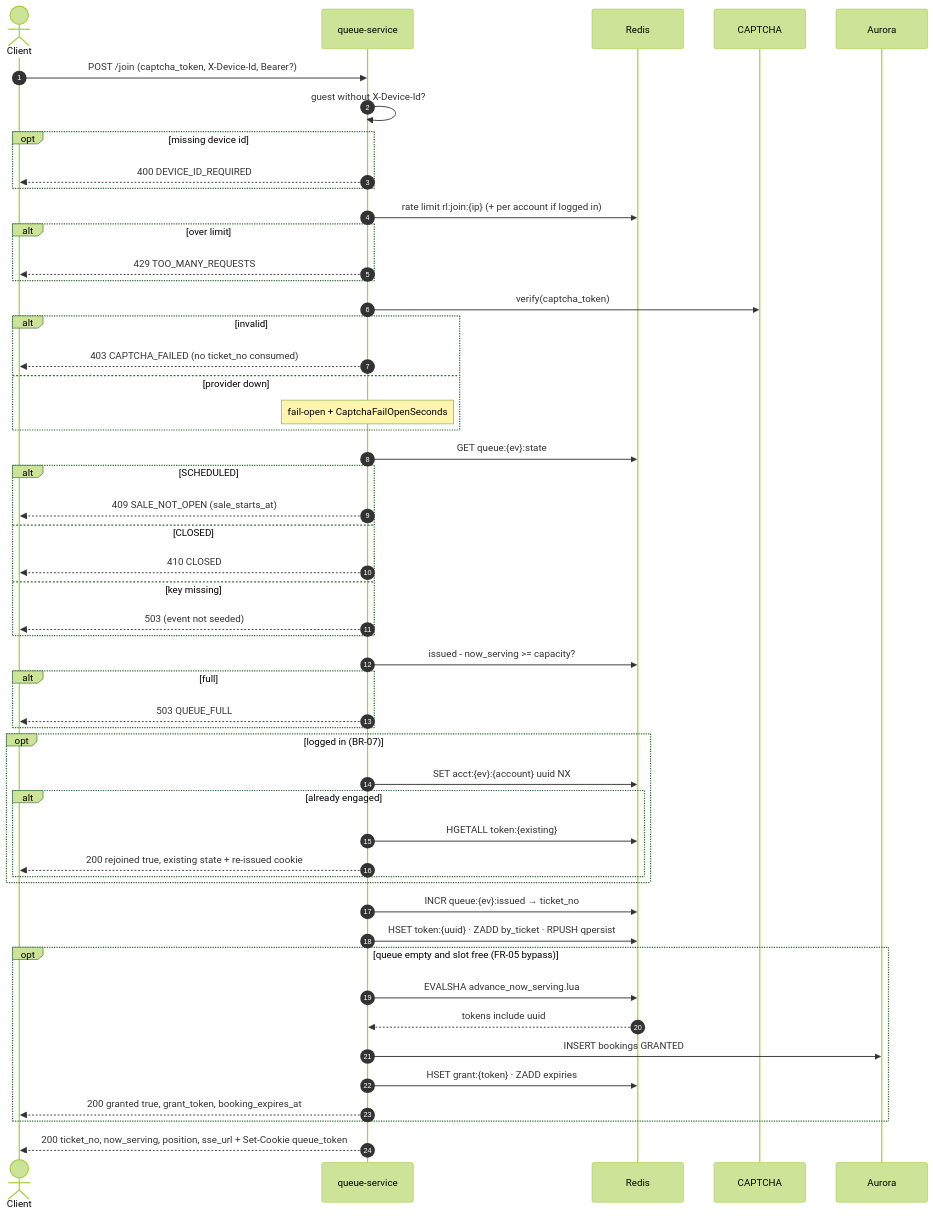
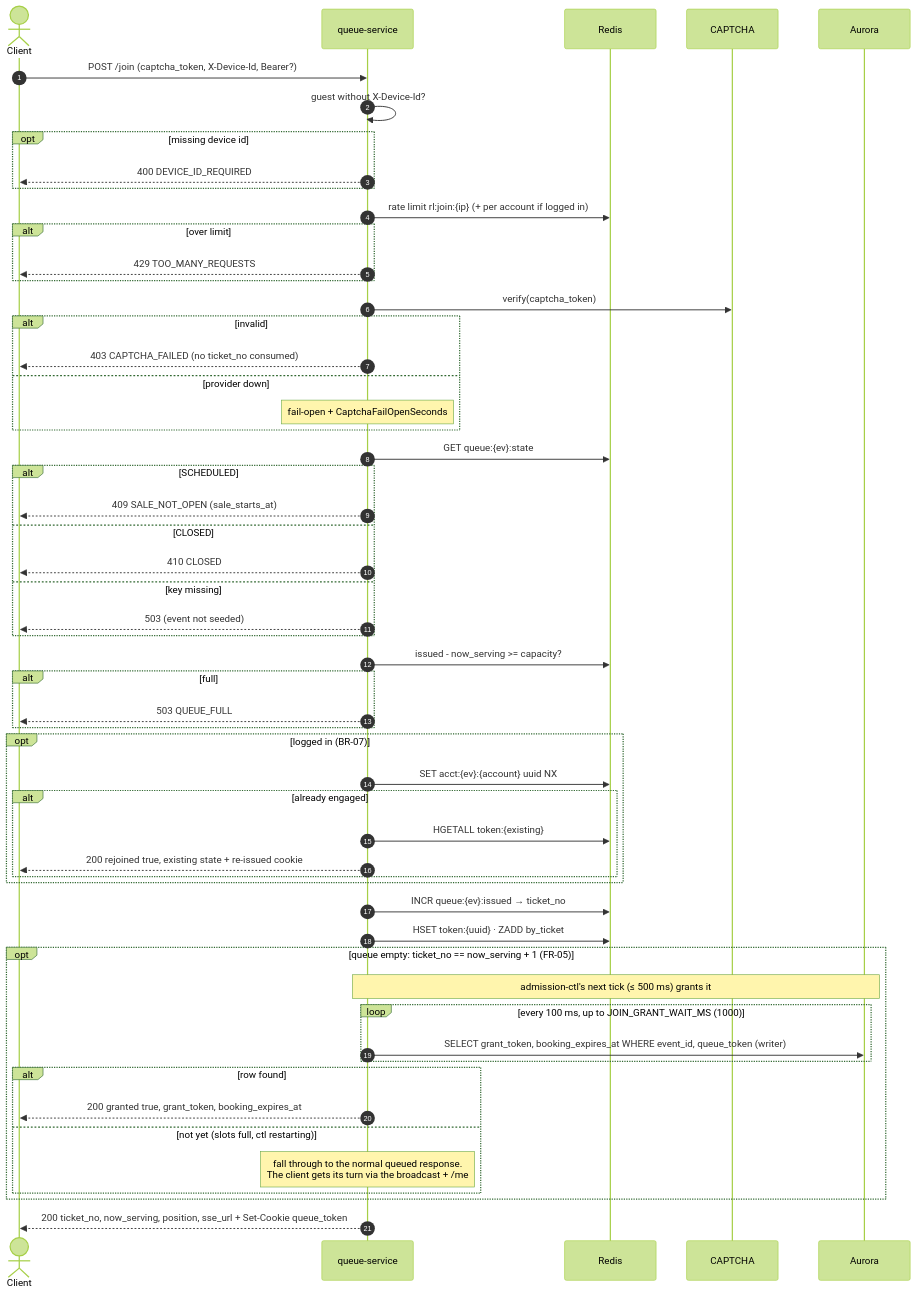
The diagram in docs/04-queue/01-join-queue.md (PTServerJanganTumbang-BookingTicket/be-rusuh-war-ticketing), drawn with Mermaid (forest theme) before and after one commit. The commit also changed other lines of this file and 19 other files, not shown here.

````diff
--- a/docs/04-queue/01-join-queue.md
+++ b/docs/04-queue/01-join-queue.md
@@ -20,62 +22,66 @@
 ```mermaid
 sequenceDiagram
     autonumber
     actor C as Client
     participant Q as queue-service
     participant R as Redis
     participant CAP as CAPTCHA
     participant DB as Aurora
 
     C->>Q: POST /join (captcha_token, X-Device-Id, Bearer?)
     Q->>Q: guest without X-Device-Id?
     opt missing device id
         Q-->>C: 400 DEVICE_ID_REQUIRED
     end
 
     Q->>R: rate limit rl:join:{ip} (+ per account if logged in)
     alt over limit
         Q-->>C: 429 TOO_MANY_REQUESTS
     end
 
     Q->>CAP: verify(captcha_token)
     alt invalid
         Q-->>C: 403 CAPTCHA_FAILED (no ticket_no consumed)
     else provider down
         Note over Q: fail-open + CaptchaFailOpenSeconds
     end
 
     Q->>R: GET queue:{ev}:state
     alt SCHEDULED
         Q-->>C: 409 SALE_NOT_OPEN (sale_starts_at)
     else CLOSED
         Q-->>C: 410 CLOSED
     else key missing
         Q-->>C: 503 (event not seeded)
     end
 
     Q->>R: issued - now_serving >= capacity?
     alt full
         Q-->>C: 503 QUEUE_FULL
     end
 
     opt logged in (BR-07)
         Q->>R: SET acct:{ev}:{account} uuid NX
         alt already engaged
             Q->>R: HGETALL token:{existing}
             Q-->>C: 200 rejoined true, existing state + re-issued cookie
         end
     end
 
     Q->>R: INCR queue:{ev}:issued → ticket_no
-    Q->>R: HSET token:{uuid} · ZADD by_ticket · RPUSH qpersist
+    Q->>R: HSET token:{uuid} · ZADD by_ticket
 
-    opt queue empty and slot free (FR-05 bypass)
-        Q->>R: EVALSHA advance_now_serving.lua
-        R-->>Q: tokens include uuid
-        Q->>DB: INSERT bookings GRANTED
-        Q->>R: HSET grant:{token} · ZADD expiries
-        Q-->>C: 200 granted true, grant_token, booking_expires_at
+    opt queue empty: ticket_no == now_serving + 1 (FR-05)
+        Note over Q,DB: admission-ctl's next tick (≤ 500 ms) grants it
+        loop every 100 ms, up to JOIN_GRANT_WAIT_MS (1000)
+            Q->>DB: SELECT grant_token, booking_expires_at WHERE event_id, queue_token (writer)
+        end
+        alt row found
+            Q-->>C: 200 granted true, grant_token, booking_expires_at
+        else not yet (slots full, ctl restarting)
+            Note over Q: fall through to the normal queued response.<br/>The client gets its turn via the broadcast + /me
+        end
     end
 
     Q-->>C: 200 ticket_no, now_serving, position, sse_url + Set-Cookie queue_token
 ```
````
